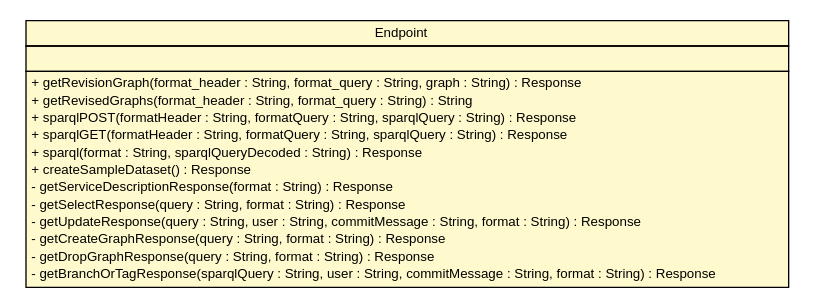
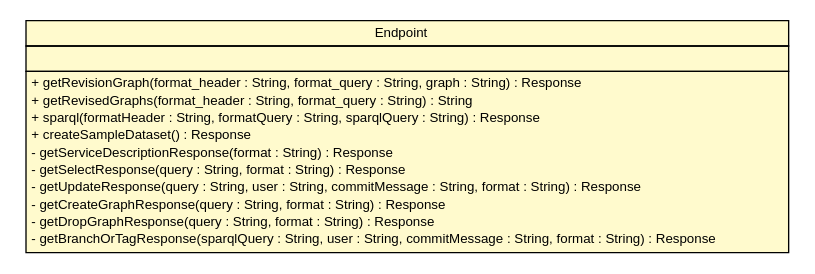
Before and after one commit to markusgraube/r43ples: the diagram in javadoc/de/tud/plt/r43ples/webservice/Endpoint.dot, drawn with Graphviz. The commit also changed 96 other files, not shown here.

```diff
--- a/javadoc/de/tud/plt/r43ples/webservice/Endpoint.dot
+++ b/javadoc/de/tud/plt/r43ples/webservice/Endpoint.dot
@@ -1,35 +1,33 @@
 #!/usr/local/bin/dot
 #
 # Class diagram 
 # Generated by UMLGraph version R5_6_6-6-g3bdff0 (http://www.umlgraph.org/)
 #
 
 digraph G {
 	edge [fontname="Helvetica",fontsize=10,labelfontname="Helvetica",labelfontsize=10];
 	node [fontname="Helvetica",fontsize=10,shape=plaintext];
 	nodesep=0.25;
 	ranksep=0.5;
 	// de.tud.plt.r43ples.webservice.Endpoint
 	c122 [label=<<table title="de.tud.plt.r43ples.webservice.Endpoint" border="0" cellborder="1" cellspacing="0" cellpadding="2" port="p" bgcolor="lemonChiffon" href="./Endpoint.html">
 		<tr><td><table border="0" cellspacing="0" cellpadding="1">
 <tr><td align="center" balign="center"> Endpoint </td></tr>
 		</table></td></tr>
 		<tr><td><table border="0" cellspacing="0" cellpadding="1">
 <tr><td align="left" balign="left">  </td></tr>
 		</table></td></tr>
 		<tr><td><table border="0" cellspacing="0" cellpadding="1">
 <tr><td align="left" balign="left"> + getRevisionGraph(format_header : String, format_query : String, graph : String) : Response </td></tr>
 <tr><td align="left" balign="left"> + getRevisedGraphs(format_header : String, format_query : String) : String </td></tr>
-<tr><td align="left" balign="left"> + sparqlPOST(formatHeader : String, formatQuery : String, sparqlQuery : String) : Response </td></tr>
-<tr><td align="left" balign="left"> + sparqlGET(formatHeader : String, formatQuery : String, sparqlQuery : String) : Response </td></tr>
-<tr><td align="left" balign="left"> + sparql(format : String, sparqlQueryDecoded : String) : Response </td></tr>
+<tr><td align="left" balign="left"> + sparql(formatHeader : String, formatQuery : String, sparqlQuery : String) : Response </td></tr>
 <tr><td align="left" balign="left"> + createSampleDataset() : Response </td></tr>
 <tr><td align="left" balign="left"> - getServiceDescriptionResponse(format : String) : Response </td></tr>
 <tr><td align="left" balign="left"> - getSelectResponse(query : String, format : String) : Response </td></tr>
 <tr><td align="left" balign="left"> - getUpdateResponse(query : String, user : String, commitMessage : String, format : String) : Response </td></tr>
 <tr><td align="left" balign="left"> - getCreateGraphResponse(query : String, format : String) : Response </td></tr>
 <tr><td align="left" balign="left"> - getDropGraphResponse(query : String, format : String) : Response </td></tr>
 <tr><td align="left" balign="left"> - getBranchOrTagResponse(sparqlQuery : String, user : String, commitMessage : String, format : String) : Response </td></tr>
 		</table></td></tr>
 		</table>>, URL="./Endpoint.html", fontname="Helvetica", fontcolor="black", fontsize=10.0];
 }
```
